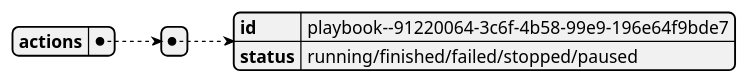
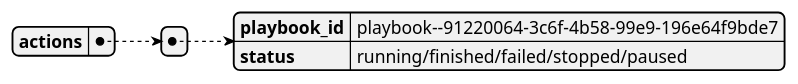
Before and after one commit to COSSAS/SOARCA: diagram 16 of 18 in doc/soarca-api.adoc, drawn with PlantUML. The commit also changed other lines of this file, not shown here.

```diff
--- a/doc/soarca-api.adoc
+++ b/doc/soarca-api.adoc
@@ -687,14 +534,14 @@
 [plantuml, target=soar-ca-status-history, format=png]
 ....
 @startjson
 {
             "actions": [
                 {
-                    "id": "playbook--91220064-3c6f-4b58-99e9-196e64f9bde7",
+                    "playbook_id": "playbook--91220064-3c6f-4b58-99e9-196e64f9bde7",
                     "status": "running/finished/failed/stopped/paused"
                 }
             ]
 
 }
 @endjson
 ....
```
